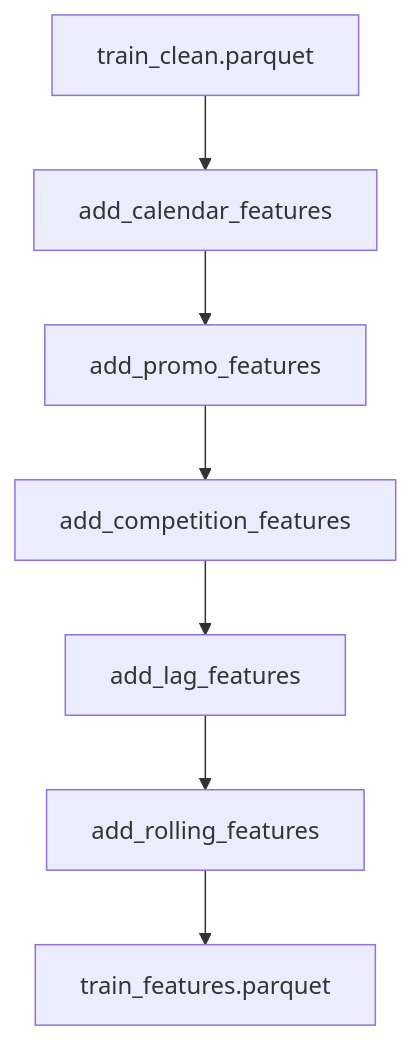
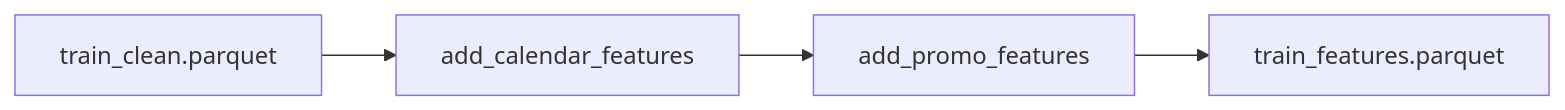
The diagram in docs/api/features.md (bradleyboehmke/uc-bana-7075-reference-system), drawn with Mermaid before and after one commit. The commit also changed other lines of this file and 71 other files, not shown here.

````diff
--- a/docs/api/features.md
+++ b/docs/api/features.md
@@ -130,9 +64,6 @@
 ```mermaid
-flowchart TD
+graph LR
     A[train_clean.parquet] --> B[add_calendar_features]
     B --> C[add_promo_features]
-    C --> D[add_competition_features]
-    D --> E[add_lag_features]
-    E --> F[add_rolling_features]
-    F --> G[train_features.parquet]
+    C --> D[train_features.parquet]
 ```
````
